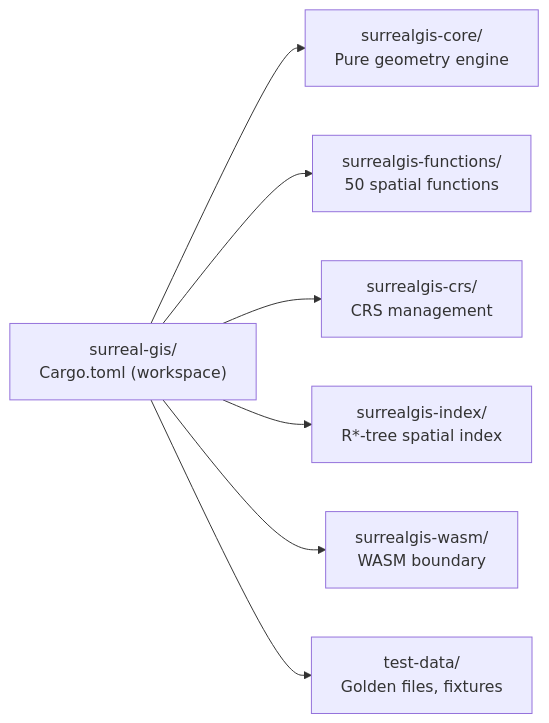
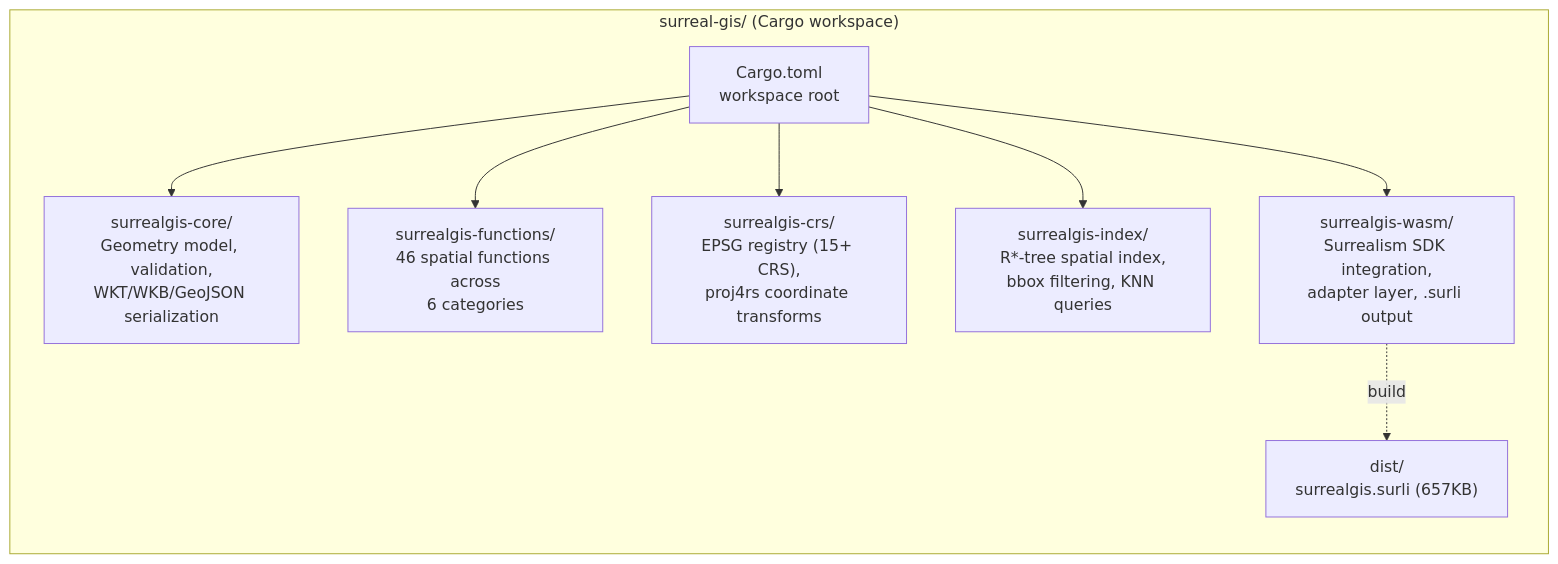
One commit to nitin84india/surreal-gis changed the fourth of 4 diagrams in README.md. Above: the diagram before and after it, drawn with Mermaid. The commit also changed other lines of this file and 20 other files, not shown here.

First line of the commit message:
feat: integrate Surrealism SDK and deploy as SurrealDB v3 WASM plugin

````diff
--- a/README.md
+++ b/README.md
@@ -92,17 +133,20 @@
 ```mermaid
 graph LR
-    WS["surreal-gis/<br/>Cargo.toml (workspace)"]
-    C["surrealgis-core/<br/>Pure geometry engine"]
-    F["surrealgis-functions/<br/>50 spatial functions"]
-    CR["surrealgis-crs/<br/>CRS management"]
-    I["surrealgis-index/<br/>R*-tree spatial index"]
-    W["surrealgis-wasm/<br/>WASM boundary"]
-    T["test-data/<br/>Golden files, fixtures"]
+    subgraph Workspace["surreal-gis/ (Cargo workspace)"]
+        direction TB
+        ROOT["Cargo.toml<br/>workspace root"]
+        CORE["surrealgis-core/<br/>Geometry model, validation,<br/>WKT/WKB/GeoJSON serialization"]
+        FN["surrealgis-functions/<br/>46 spatial functions across<br/>6 categories"]
+        CRS["surrealgis-crs/<br/>EPSG registry (15+ CRS),<br/>proj4rs coordinate transforms"]
+        IDX["surrealgis-index/<br/>R*-tree spatial index,<br/>bbox filtering, KNN queries"]
+        WASM["surrealgis-wasm/<br/>Surrealism SDK integration,<br/>adapter layer, .surli output"]
+        DIST["dist/<br/>surrealgis.surli (657KB)"]
+    end
 
-    WS --> C
-    WS --> F
-    WS --> CR
-    WS --> I
-    WS --> W
-    WS --> T
+    ROOT --> CORE
+    ROOT --> FN
+    ROOT --> CRS
+    ROOT --> IDX
+    ROOT --> WASM
+    WASM -.->|build| DIST
 ```
````
